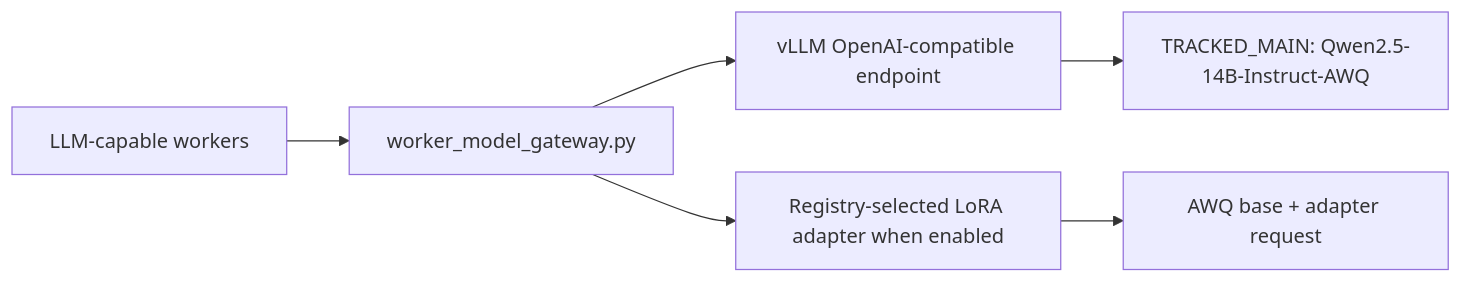
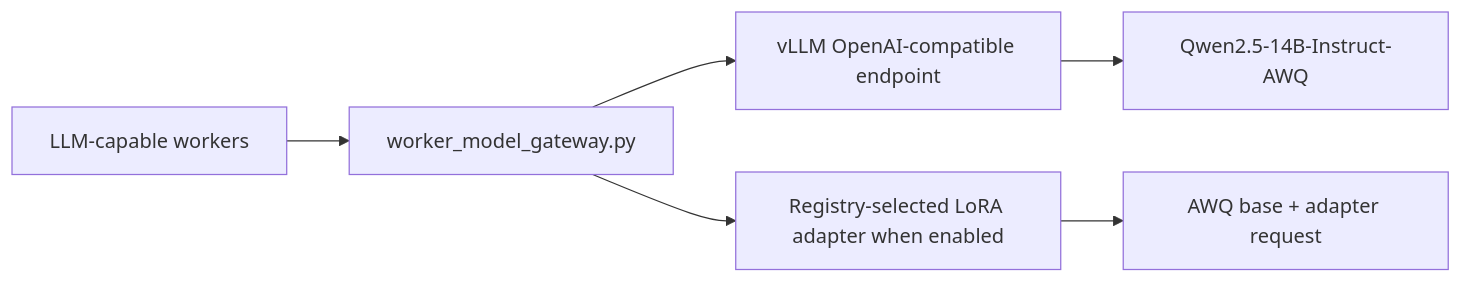
One commit to HgFinance/multi_agent changed the fourth of 6 diagrams in docs/CURRENT_PROJECT_ARCHITECTURE.md. Above: the diagram before and after it, drawn with Mermaid. The commit also changed other lines of this file and 10 other files, not shown here.

````diff
--- a/docs/CURRENT_PROJECT_ARCHITECTURE.md
+++ b/docs/CURRENT_PROJECT_ARCHITECTURE.md
@@ -243,8 +240,8 @@
 ```mermaid
 flowchart LR
     L[LLM-capable workers] --> G[worker_model_gateway.py]
     G --> V[vLLM OpenAI-compatible endpoint]
-    V --> F[TRACKED_MAIN: Qwen2.5-14B-Instruct-AWQ]
+    V --> F[Qwen2.5-14B-Instruct-AWQ]
     G --> A[Registry-selected LoRA adapter when enabled]
     A --> E[AWQ base + adapter request]
 ```
````
